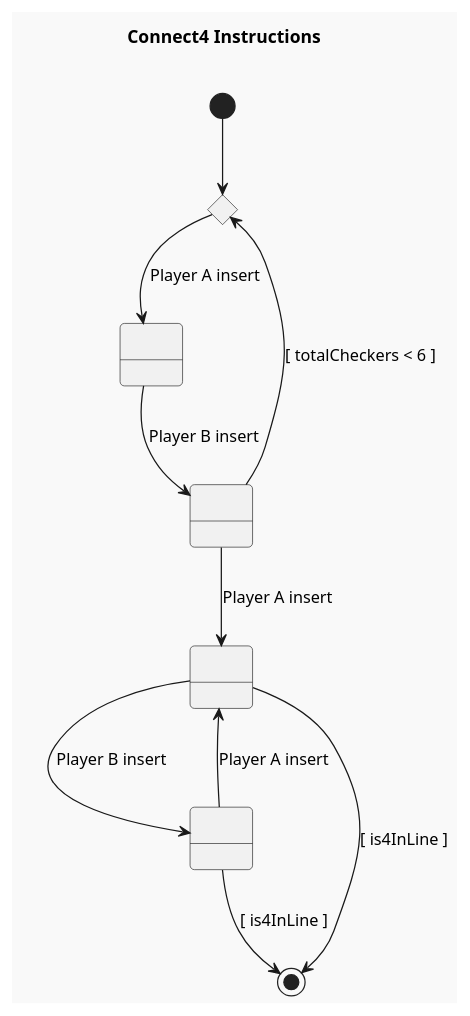
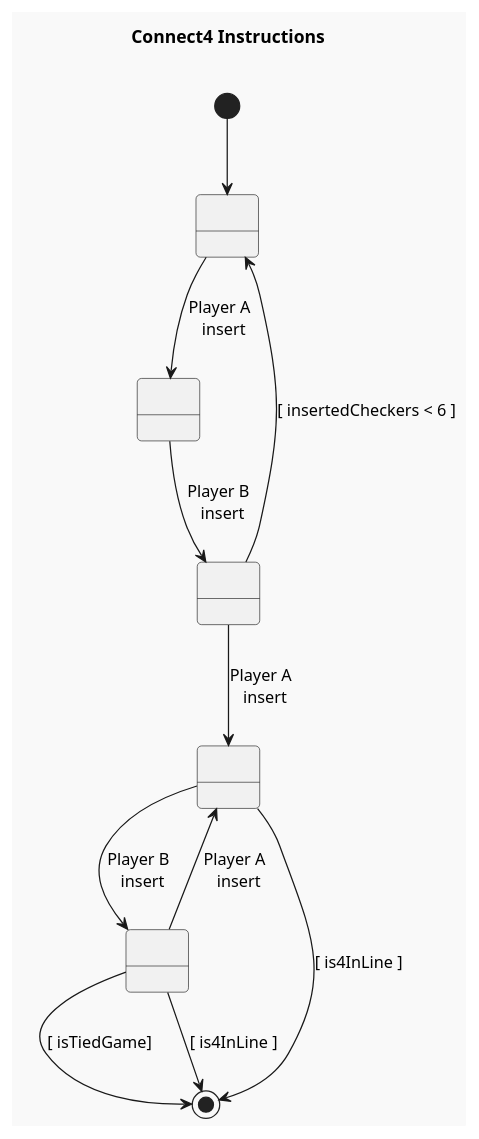
The diagram in disciplinasSoftware/game-connect4/docs/connect4--instructions.puml (USantaTecla-ed-mpds/lab-boole), drawn with PlantUML before and after one commit.

Commit message:
Connect4: Fixed Instructions with Tied Game

```diff
--- a/disciplinasSoftware/game-connect4/docs/connect4--instructions.puml
+++ b/disciplinasSoftware/game-connect4/docs/connect4--instructions.puml
@@ -1,23 +1,24 @@
 @startuml connect4--instructions
 
 !theme mars
 
 title Connect4 Instructions \n
 
-state C1 <<choice>>
+state A as " "
 state InsertA as " "
 state InsertB as " "
 state InsertA2 as " "
 state InsertB2 as " "
 
-[*]      --> C1 
-C1       --> InsertA : Player A insert
-InsertA  --> InsertB : Player B insert
-InsertB  --> C1 : [ totalCheckers < 6 ]
-InsertB  --> InsertA2 : Player A insert
+[*]      --> A 
+A        --> InsertA : Player A \n insert
+InsertA  --> InsertB : Player B \n insert
+InsertB  --> A : [ insertedCheckers < 6 ]
+InsertB  --> InsertA2 : Player A \n insert
 InsertA2 --> [*] : [ is4InLine ]
-InsertA2 --> InsertB2 : Player B insert
+InsertA2 --> InsertB2 : Player B \n insert
+InsertB2 --> InsertA2 : Player A \n insert
+InsertB2 --> [*] : [ isTiedGame]
 InsertB2 --> [*] : [ is4InLine ]
-InsertB2 --> InsertA2 : Player A insert
 
 @enduml
```
